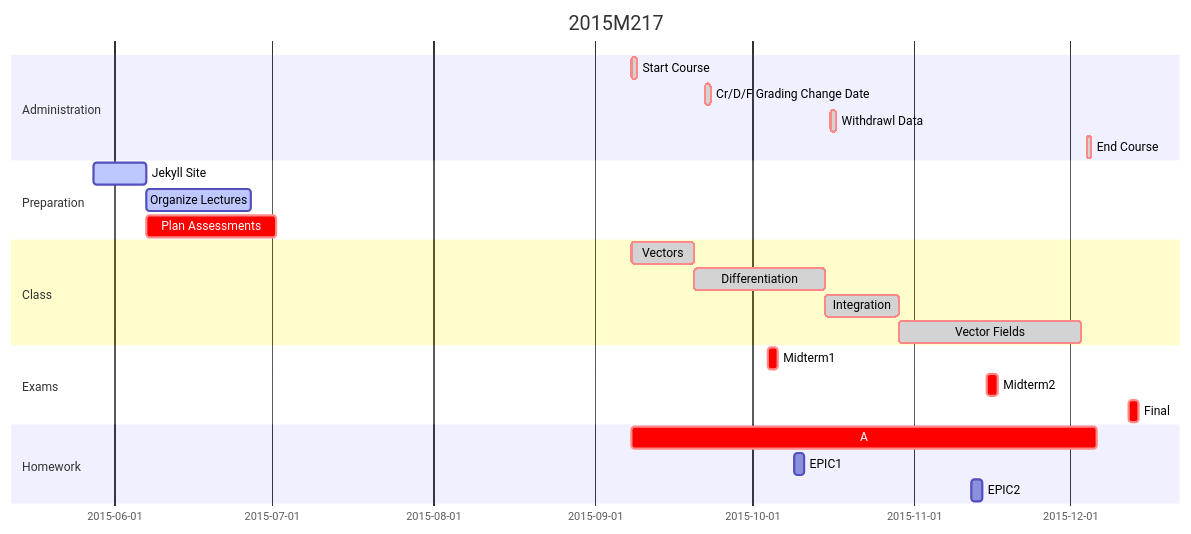
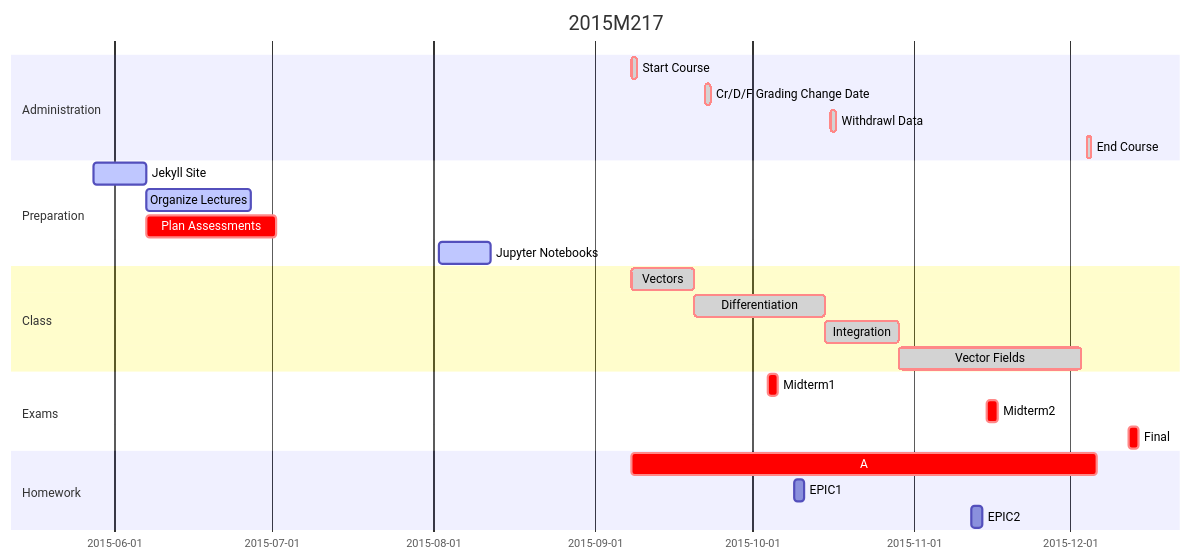
One commit to colliand/2015M217 changed the first of 2 diagrams in syllabus.md. Above: the diagram before and after it, drawn with Mermaid. The commit also changed 6 other files, not shown here.

```diff
--- a/syllabus.md
+++ b/syllabus.md
@@ -110,33 +110,34 @@
 <div class="mermaid">
 gantt
         dateFormat  YYYY-MM-DD
         title 2015M217
 
         section Administration
         Start Course     :crit, done, admin1, 2015-09-08, 1d
         Cr/D/F Grading Change Date    :crit, done, admin2, 2015-09-22, 1d
         Withdrawl Data     :crit, done, admin3, 2015-10-16, 1d
         End Course      :crit, done, admin4, 2015-12-04, 1d
 
         section Preparation
         Jekyll Site     :active, web1, 2015-05-28, 10d
         Organize Lectures   :active, web2, after web1, 20d
         Plan Assessments    :crit, after web1, 25d
+        Jupyter Notebooks   :active, 2015-08-02, 10d
 
         section Class
         Vectors             :crit, done,    des1, 2015-09-08, 12d
         Differentiation           :crit, done, des2, after des1, 25d
         Integration               :crit, done, des3, after des2, 14d
         Vector Fields               :crit, done, des4, after des3, 35d
 
         section Exams
         Midterm1    :crit, mt1, 2015-10-04, 2d
         Midterm2    :crit, mt2, 2015-11-15, 2d
         Final       :crit, final1, 2015-12-12, 2d
 
         section Homework
         A          :crit, A1, 2015-09-08, 89d
         EPIC1       : epic3, 2015-10-09, 2d
         EPIC2       : epic4, 2015-11-12, 2d
   
 </div>
```
